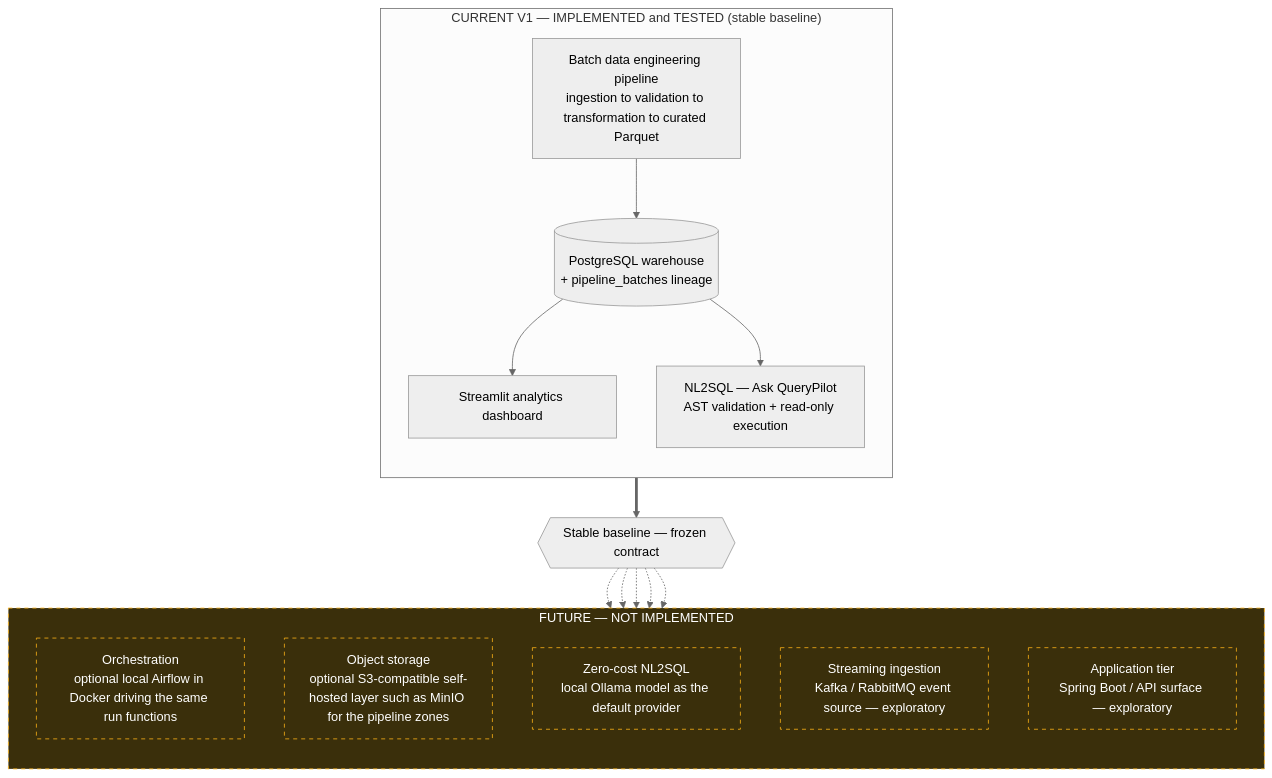
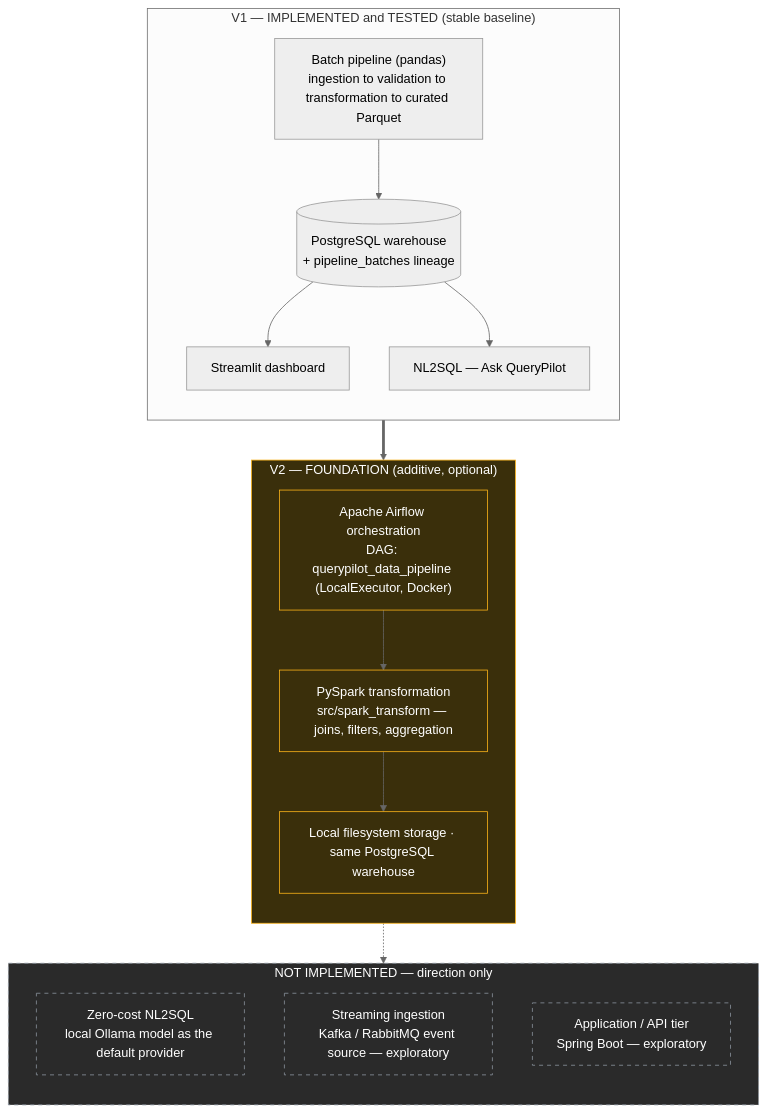
The ninth of 9 diagrams in README.md (the-illuminatus/QueryPilot-DataEngineering), drawn with Mermaid (neutral theme) before and after one commit. The commit also changed other lines of this file and 17 other files, not shown here.

Commit message:
feat: add Airflow and PySpark data pipeline

````diff
--- a/README.md
+++ b/README.md
@@ -583,34 +622,36 @@
 ```mermaid
 flowchart TD
-    subgraph V1["CURRENT V1 — IMPLEMENTED and TESTED (stable baseline)"]
+    subgraph V1["V1 — IMPLEMENTED and TESTED (stable baseline)"]
         direction TB
-        DE["Batch data engineering pipeline<br/>ingestion to validation to transformation to curated Parquet"]
+        DE["Batch pipeline (pandas)<br/>ingestion to validation to transformation to curated Parquet"]
         WH[("PostgreSQL warehouse<br/>+ pipeline_batches lineage")]
-        DASH["Streamlit analytics dashboard"]
-        NL["NL2SQL — Ask QueryPilot<br/>AST validation + read-only execution"]
+        DASH["Streamlit dashboard"]
+        NL["NL2SQL — Ask QueryPilot"]
         DE --> WH
         WH --> DASH
         WH --> NL
     end
 
-    BASE{{"Stable baseline — frozen contract"}}
+    subgraph V2["V2 — FOUNDATION (additive, optional)"]
+        direction TB
+        G1["Apache Airflow orchestration<br/>DAG: querypilot_data_pipeline (LocalExecutor, Docker)"]
+        G2["PySpark transformation<br/>src/spark_transform — joins, filters, aggregation"]
+        G3["Local filesystem storage · same PostgreSQL warehouse"]
+        G1 --> G2 --> G3
+    end
 
-    subgraph FUT["FUTURE — NOT IMPLEMENTED"]
+    subgraph FUT["NOT IMPLEMENTED — direction only"]
         direction TB
-        F1["Orchestration<br/>optional local Airflow in Docker driving the same run functions"]
-        F2["Object storage<br/>optional S3-compatible self-hosted layer such as MinIO for the pipeline zones"]
         F3["Zero-cost NL2SQL<br/>local Ollama model as the default provider"]
         F4["Streaming ingestion<br/>Kafka / RabbitMQ event source — exploratory"]
-        F5["Application tier<br/>Spring Boot / API surface — exploratory"]
+        F5["Application / API tier<br/>Spring Boot — exploratory"]
     end
 
-    V1 ==> BASE
-    BASE -.-> F1
-    BASE -.-> F2
-    BASE -.-> F3
-    BASE -.-> F4
-    BASE -.-> F5
+    V1 ==> V2
+    V2 -.-> FUT
 
-    classDef future fill:#3a2f0b,stroke:#fab219,color:#fff,stroke-dasharray: 5 5
-    class FUT,F1,F2,F3,F4,F5 future
+    classDef v2 fill:#3a2f0b,stroke:#fab219,color:#fff
+    classDef future fill:#2a2a2a,stroke:#8b949e,color:#fff,stroke-dasharray: 5 5
+    class V2,G1,G2,G3 v2
+    class FUT,F3,F4,F5 future
 ```
````
